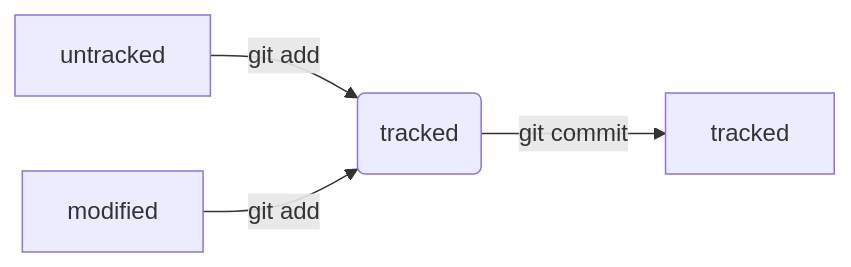
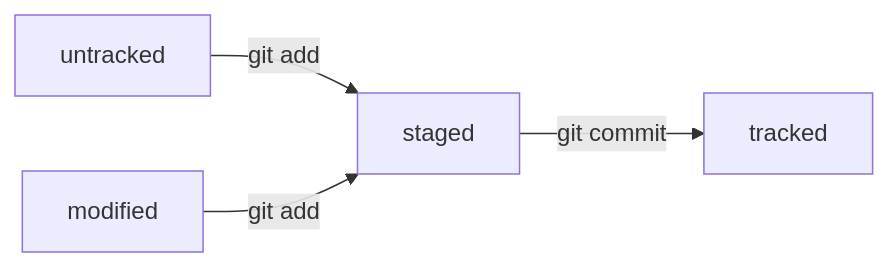
One commit to a1ndreay/GitPracticum changed the diagram in README.md. Above: the diagram before and after it, drawn with Mermaid.

Commit message:
Fix #2, Rename block in mermaid scheme

````diff
--- a/README.md
+++ b/README.md
@@ -46,6 +46,6 @@
 ```mermaid
 graph LR;
-untracked -- "git add" --> staged(tracked);
-modified -- "git add" --> staged(tracked);
+untracked -- "git add" --> staged;
+modified -- "git add" --> staged;
 staged -- "git commit" --> tracked;
 ```
````
